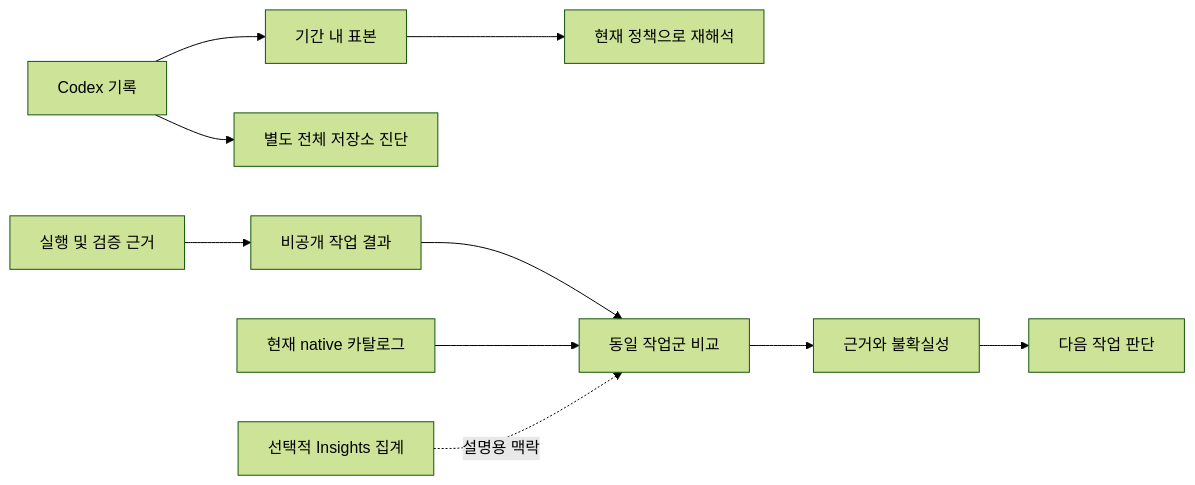
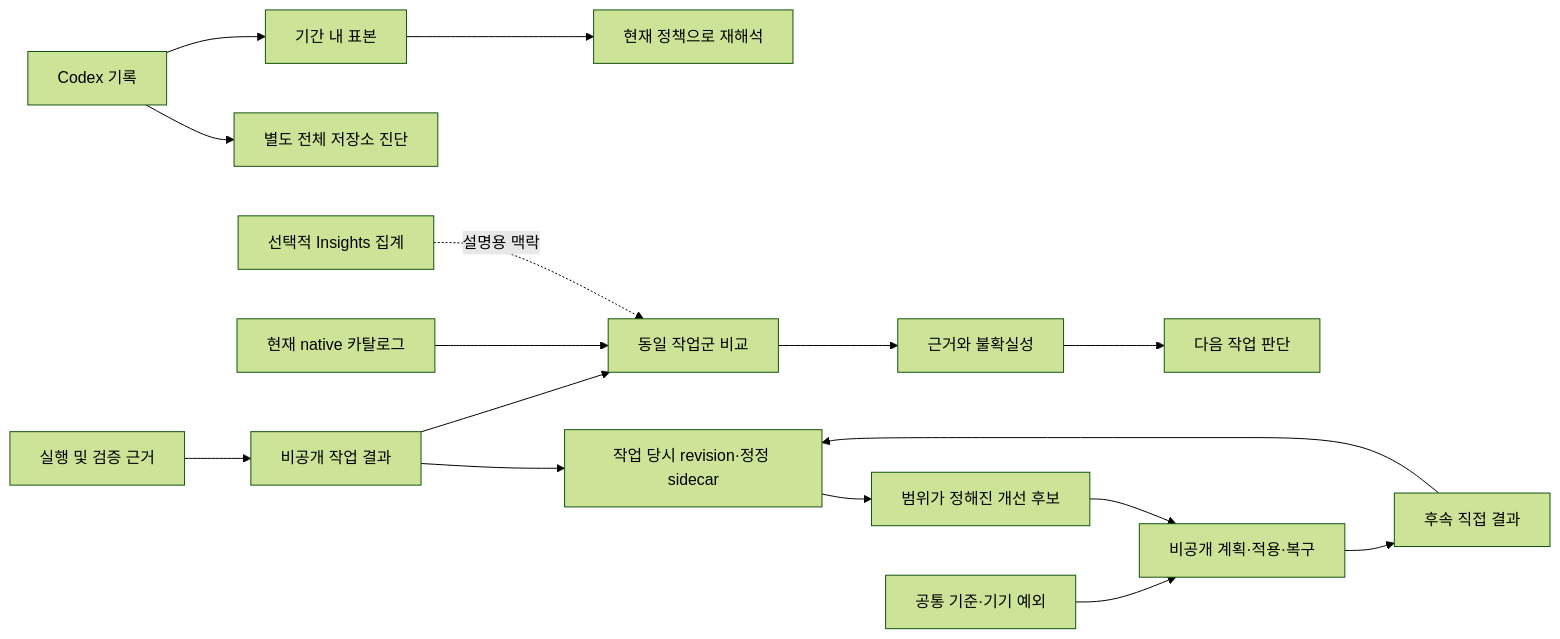
One commit to jukqaz/groundline changed the diagram in docs/architecture.md. Above: the diagram before and after it, drawn with Mermaid (forest theme). The commit also changed other lines of this file and 24 other files, not shown here.

````diff
--- a/docs/architecture.md
+++ b/docs/architecture.md
@@ -10,12 +10,18 @@
 ```mermaid
 flowchart LR
   Native[Codex 기록] --> Window[기간 내 표본]
   Native --> Store[별도 전체 저장소 진단]
   Window --> Review[현재 정책으로 재해석]
   Evidence[실행 및 검증 근거] --> Receipt[비공개 작업 결과]
   Receipt --> Compare[동일 작업군 비교]
   Catalog[현재 native 카탈로그] --> Compare
   Insights[선택적 Insights 집계] -. 설명용 맥락 .-> Compare
   Compare --> Decision[근거와 불확실성]
   Decision --> Codex[다음 작업 판단]
+  Receipt --> Context[작업 당시 revision·정정 sidecar]
+  Context --> Candidate[범위가 정해진 개선 후보]
+  Baseline[공통 기준·기기 예외] --> Plan[비공개 계획·적용·복구]
+  Candidate --> Plan
+  Plan --> Followup[후속 직접 결과]
+  Followup --> Context
 ```
````
